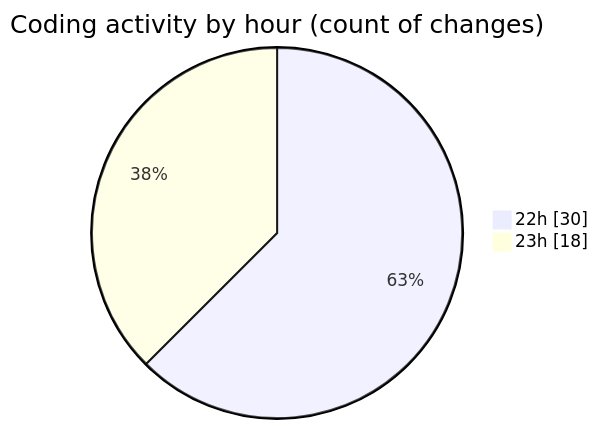
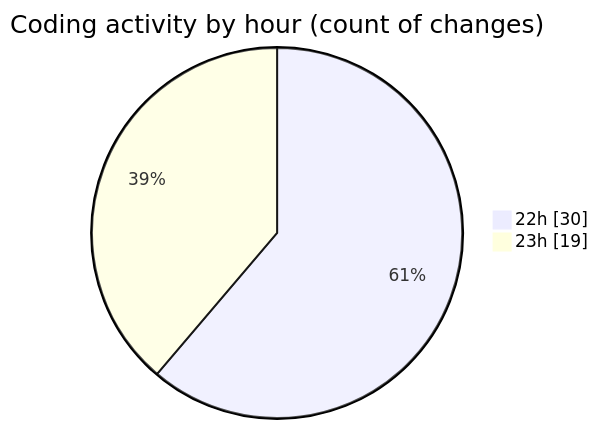
The second of 2 diagrams in 2025-03-26/myws__workspace_/README.md (MatusMokan/code-tracking), drawn with Mermaid before and after one commit. The commit also changed other lines of this file and 1 other file, not shown here.

````diff
--- a/2025-03-26/myws__workspace_/README.md
+++ b/2025-03-26/myws__workspace_/README.md
@@ -28,6 +28,6 @@
 ```mermaid
 pie showData
 title Coding activity by hour (count of changes)
 "22h" : 30
-"23h" : 18
+"23h" : 19
 ```
````
